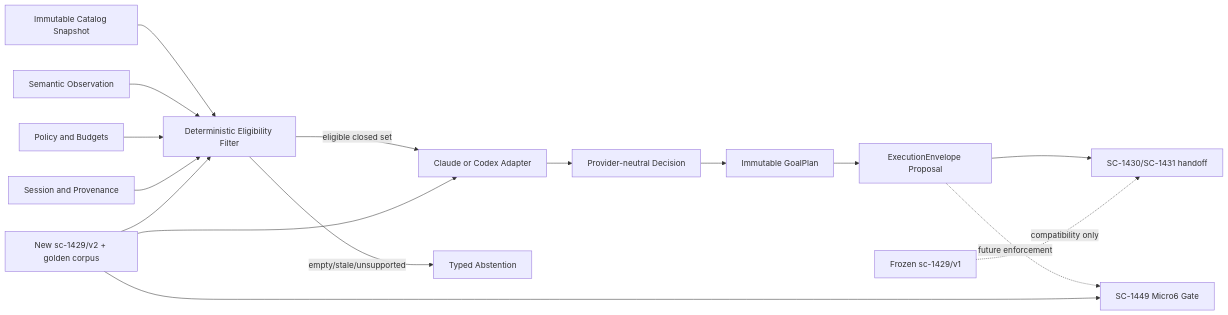
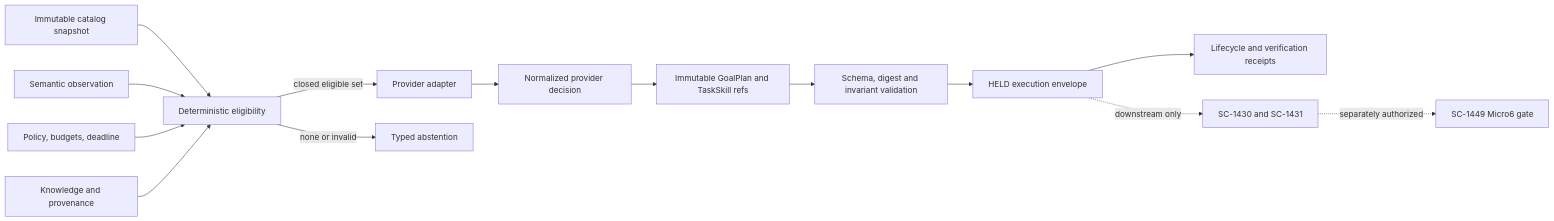
Before and after one commit to StaticSweep/ChromaScape: the diagram in docs/builderflow/felix-notes/notes/note_1788438392194_e63c340e.md, drawn with Mermaid. The commit also changed other lines of this file and 190 other files, not shown here.

````diff
--- a/docs/builderflow/felix-notes/notes/note_1788438392194_e63c340e.md
+++ b/docs/builderflow/felix-notes/notes/note_1788438392194_e63c340e.md
@@ -57,18 +121,16 @@
 ```mermaid
 flowchart LR
-    C[Immutable Catalog Snapshot] --> F[Deterministic Eligibility Filter]
-    O[Semantic Observation] --> F
-    P[Policy and Budgets] --> F
-    S[Session and Provenance] --> F
-    F -->|eligible closed set| A[Claude or Codex Adapter]
-    F -->|empty/stale/unsupported| X[Typed Abstention]
-    A --> D[Provider-neutral Decision]
-    D --> G[Immutable GoalPlan]
-    G --> E[ExecutionEnvelope Proposal]
-    E --> H[SC-1430/SC-1431 handoff]
-    E -. future enforcement .-> M[SC-1449 Micro6 Gate]
-    V1[Frozen sc-1429/v1] -. compatibility only .-> H
-    V2[New sc-1429/v2 + golden corpus] --> F
-    V2 --> A
-    V2 --> M
+    C[Immutable catalog snapshot] --> E[Deterministic eligibility]
+    O[Semantic observation] --> E
+    P[Policy, budgets, deadline] --> E
+    K[Knowledge and provenance] --> E
+    E -->|closed eligible set| A[Provider adapter]
+    E -->|none or invalid| X[Typed abstention]
+    A --> D[Normalized provider decision]
+    D --> G[Immutable GoalPlan and TaskSkill refs]
+    G --> V[Schema, digest and invariant validation]
+    V --> H[HELD execution envelope]
+    H --> R[Lifecycle and verification receipts]
+    H -. downstream only .-> Q[SC-1430 and SC-1431]
+    Q -. separately authorized .-> M[SC-1449 Micro6 gate]
 ```
````
